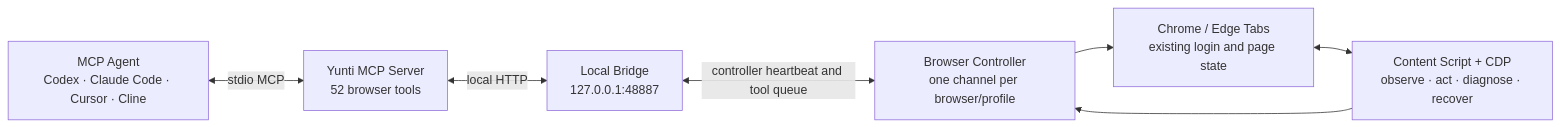
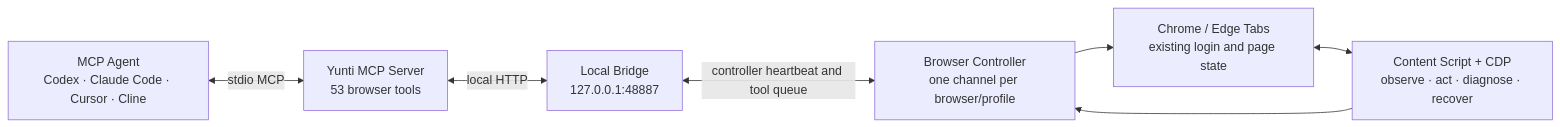
Before and after one commit to BoCodeLab/yunti-browser-runtime: the diagram in README.md, drawn with Mermaid. The commit also changed other lines of this file and 10 other files, not shown here.

````diff
--- a/README.md
+++ b/README.md
@@ -271,16 +271,16 @@
 ```mermaid
 flowchart LR
     A["MCP Agent<br/>Codex · Claude Code · Cursor · Cline"]
-    M["Yunti MCP Server<br/>52 browser tools"]
+    M["Yunti MCP Server<br/>53 browser tools"]
     B["Local Bridge<br/>127.0.0.1:48887"]
     C["Browser Controller<br/>one channel per browser/profile"]
     P["Chrome / Edge Tabs<br/>existing login and page state"]
     D["Content Script + CDP<br/>observe · act · diagnose · recover"]
 
     A <-->|stdio MCP| M
     M <-->|local HTTP| B
     B <-->|controller heartbeat and tool queue| C
     C --> P
     P <--> D
     D --> C
 ```
````
